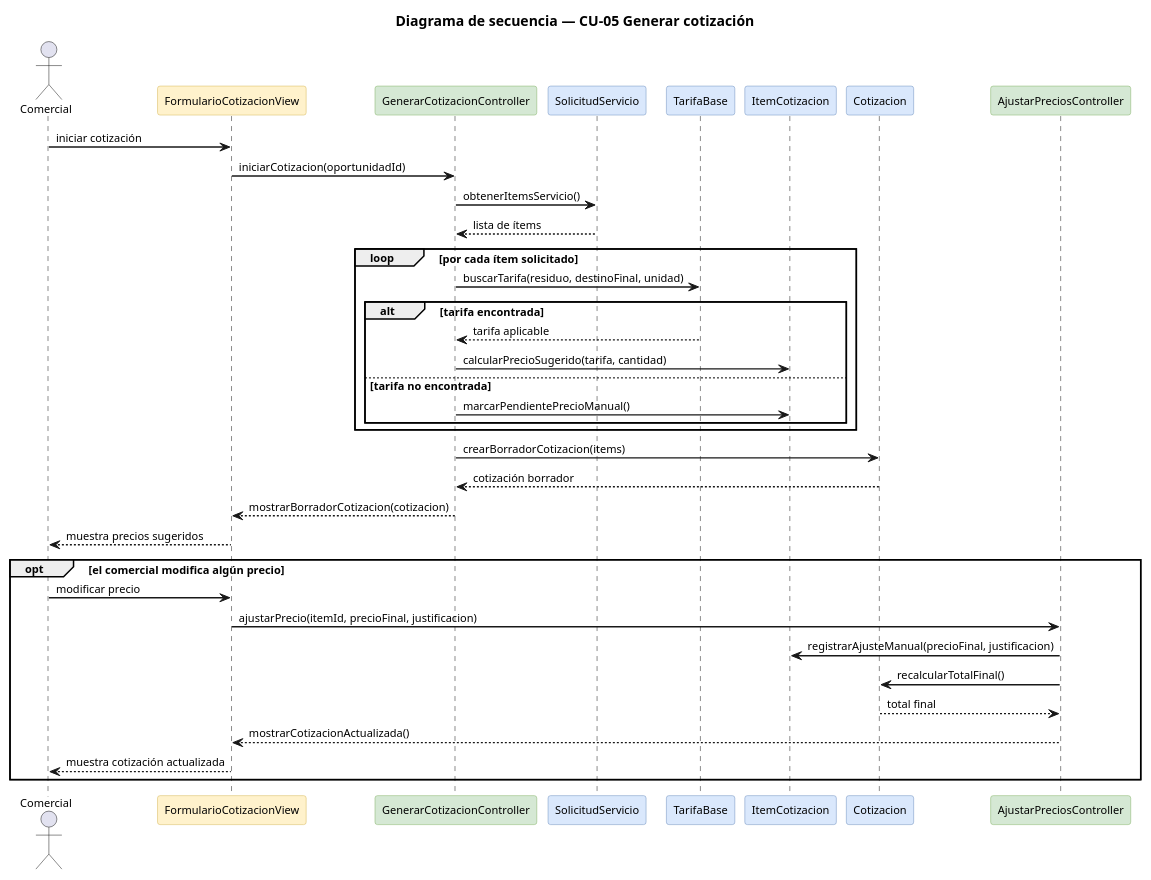
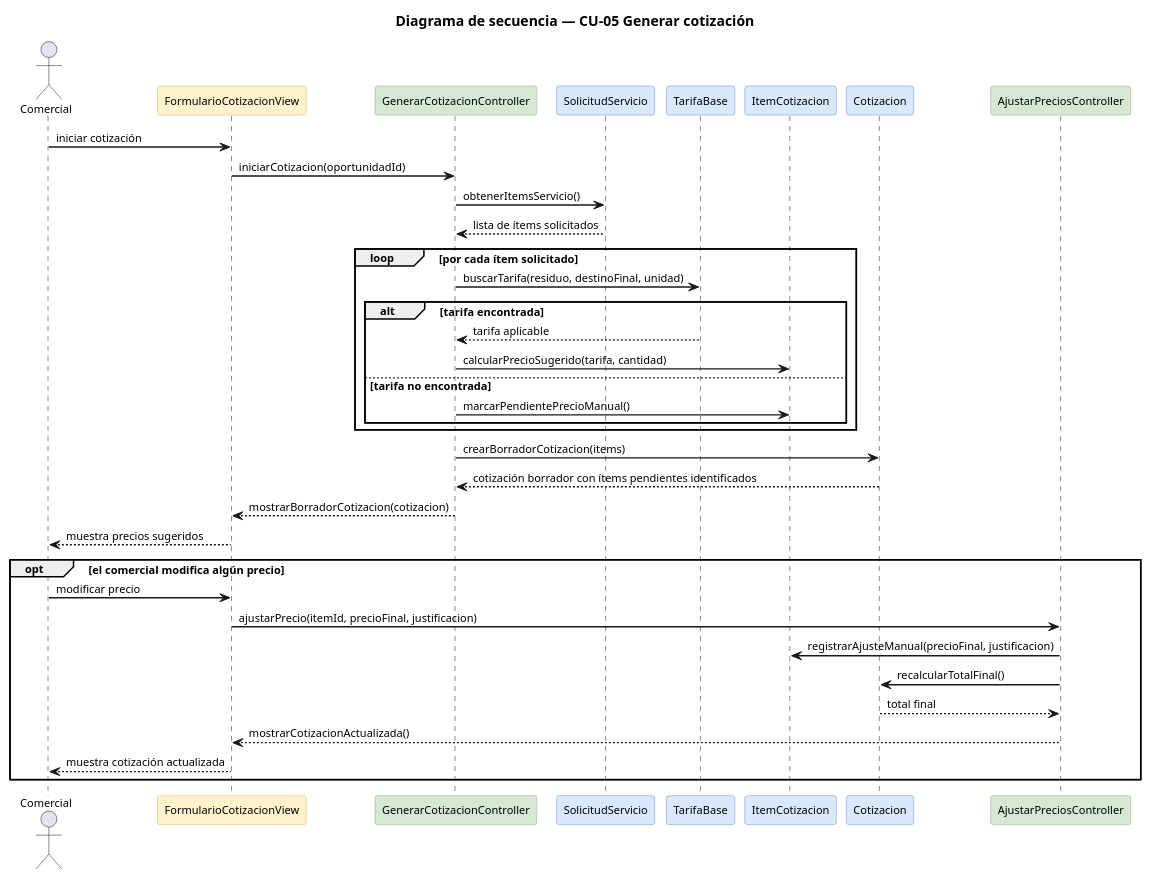
The diagram in docs/analisis-diseno/3.2-analisis-casos-de-uso/secuencia-CU05.puml (BrendaLopes/TFG-CRM-BROOKS), drawn with PlantUML before and after one commit. The commit also changed 17 other files, not shown here.

Commit message:
ultimas correciones diagramas arquitectura

```diff
--- a/docs/analisis-diseno/3.2-analisis-casos-de-uso/secuencia-CU05.puml
+++ b/docs/analisis-diseno/3.2-analisis-casos-de-uso/secuencia-CU05.puml
@@ -1,59 +1,59 @@
 @startuml
 title Diagrama de secuencia — CU-05 Generar cotización
 
 skinparam shadowing false
 skinparam sequenceArrowThickness 1.4
 skinparam defaultFontSize 11
 hide stereotype
 
 skinparam participant {
   BackgroundColor<<B>> #fff2cc
   BorderColor<<B>> #d6b656
   BackgroundColor<<C>> #d5e8d4
   BorderColor<<C>> #82b366
   BackgroundColor<<E>> #dae8fc
   BorderColor<<E>> #6c8ebf
 }
 
 actor Comercial
 
 participant "FormularioCotizacionView" as View <<B>>
 participant "GenerarCotizacionController" as GenCtrl <<C>>
 participant "SolicitudServicio" as Solicitud <<E>>
 participant "TarifaBase" as Tarifa <<E>>
 participant "ItemCotizacion" as Item <<E>>
 participant "Cotizacion" as Cot <<E>>
 participant "AjustarPreciosController" as AjusteCtrl <<C>>
 
 Comercial -> View : iniciar cotización
 
 View -> GenCtrl : iniciarCotizacion(oportunidadId)
 GenCtrl -> Solicitud : obtenerItemsServicio()
-Solicitud --> GenCtrl : lista de ítems
+Solicitud --> GenCtrl : lista de ítems solicitados
 
 loop por cada ítem solicitado
   GenCtrl -> Tarifa : buscarTarifa(residuo, destinoFinal, unidad)
   alt tarifa encontrada
     Tarifa --> GenCtrl : tarifa aplicable
     GenCtrl -> Item : calcularPrecioSugerido(tarifa, cantidad)
   else tarifa no encontrada
     GenCtrl -> Item : marcarPendientePrecioManual()
   end
 end
 
 GenCtrl -> Cot : crearBorradorCotizacion(items)
-Cot --> GenCtrl : cotización borrador
+Cot --> GenCtrl : cotización borrador con ítems pendientes identificados
 GenCtrl --> View : mostrarBorradorCotizacion(cotizacion)
 View --> Comercial : muestra precios sugeridos
 
 opt el comercial modifica algún precio
   Comercial -> View : modificar precio
   View -> AjusteCtrl : ajustarPrecio(itemId, precioFinal, justificacion)
   AjusteCtrl -> Item : registrarAjusteManual(precioFinal, justificacion)
   AjusteCtrl -> Cot : recalcularTotalFinal()
   Cot --> AjusteCtrl : total final
   AjusteCtrl --> View : mostrarCotizacionActualizada()
   View --> Comercial : muestra cotización actualizada
 end
 
 @enduml
```
